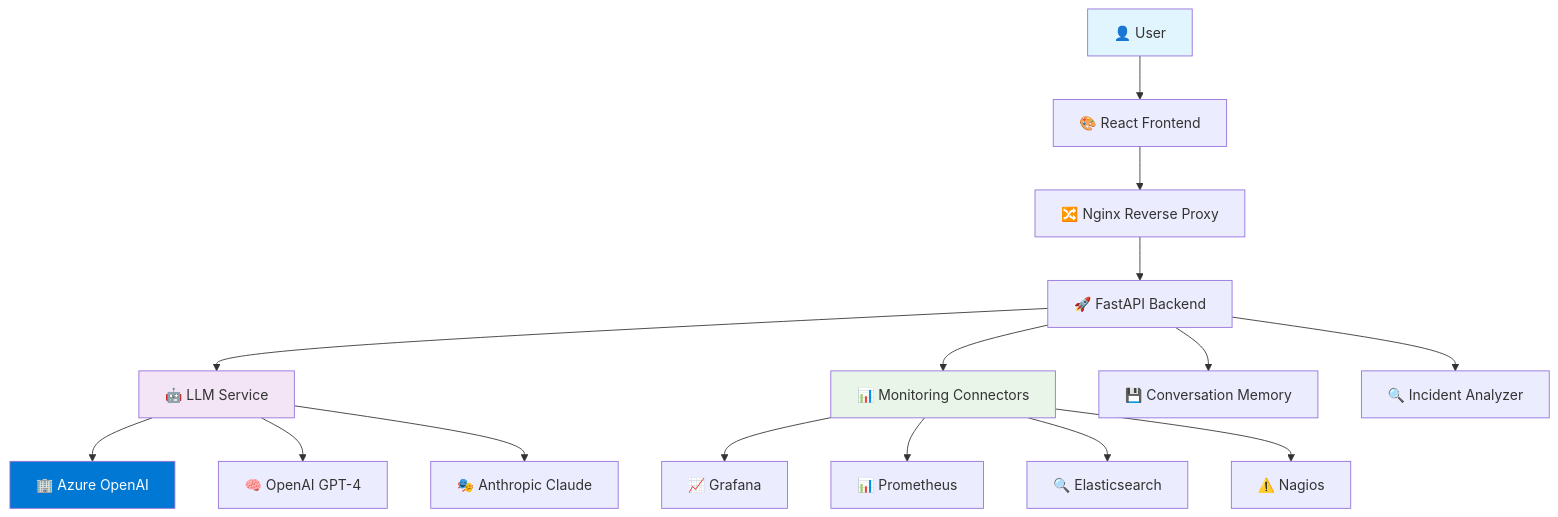
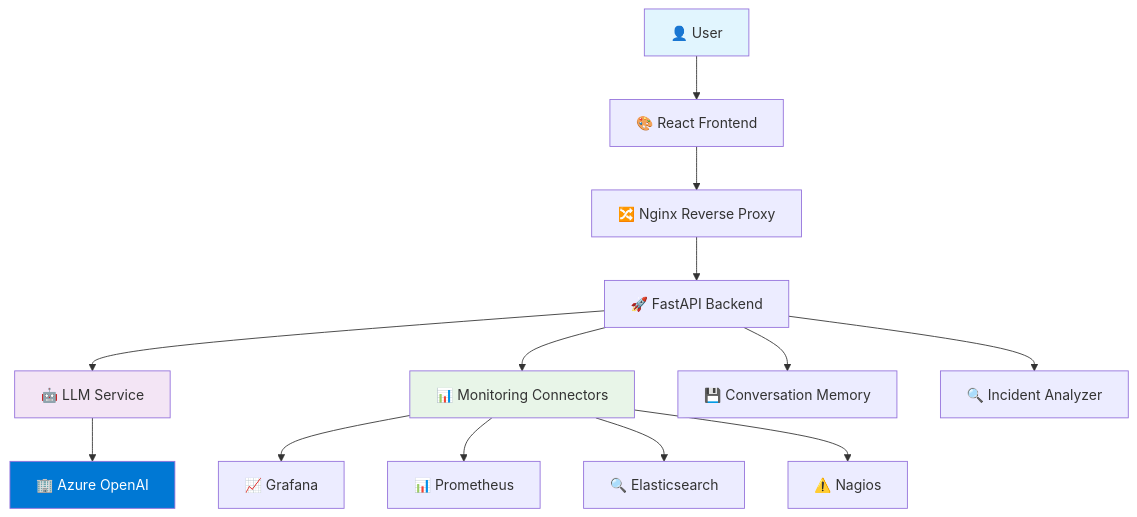
One commit to WatkinsGreen/chatter changed the first of 9 diagrams in docs/architecture-diagrams.md. Above: the diagram before and after it, drawn with Mermaid. The commit also changed other lines of this file and 6 other files, not shown here.

````diff
--- a/docs/architecture-diagrams.md
+++ b/docs/architecture-diagrams.md
@@ -5,25 +5,23 @@
 ```mermaid
 graph TB
     User[👤 User] --> UI[🎨 React Frontend]
     UI --> Nginx[🔀 Nginx Reverse Proxy]
     Nginx --> API[🚀 FastAPI Backend]
     
     API --> LLM[🤖 LLM Service]
     LLM --> AzureAI[🏢 Azure OpenAI]
-    LLM --> OpenAI[🧠 OpenAI GPT-4]
-    LLM --> Anthropic[🎭 Anthropic Claude]
     
     API --> Monitor[📊 Monitoring Connectors]
     Monitor --> Grafana[📈 Grafana]
     Monitor --> Prometheus[📊 Prometheus] 
     Monitor --> Elastic[🔍 Elasticsearch]
     Monitor --> Nagios[⚠️ Nagios]
     
     API --> Memory[💾 Conversation Memory]
     API --> Analyzer[🔍 Incident Analyzer]
     
     style User fill:#e1f5fe
     style LLM fill:#f3e5f5
     style AzureAI fill:#0078d4,color:#fff
     style Monitor fill:#e8f5e8
 ```
````
